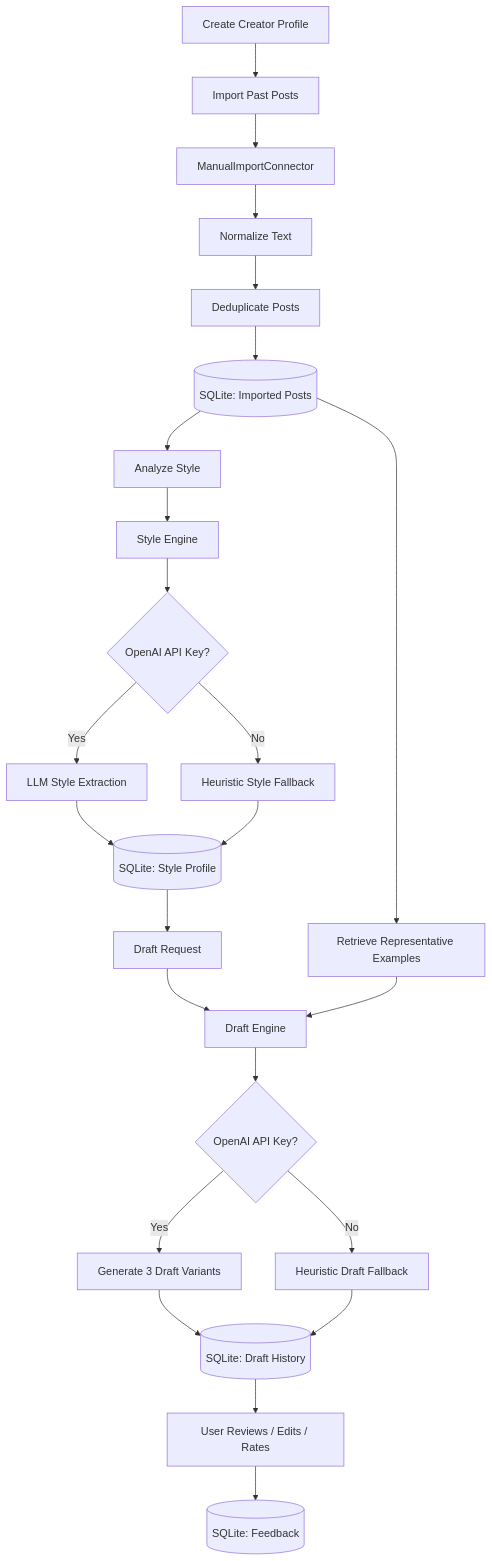
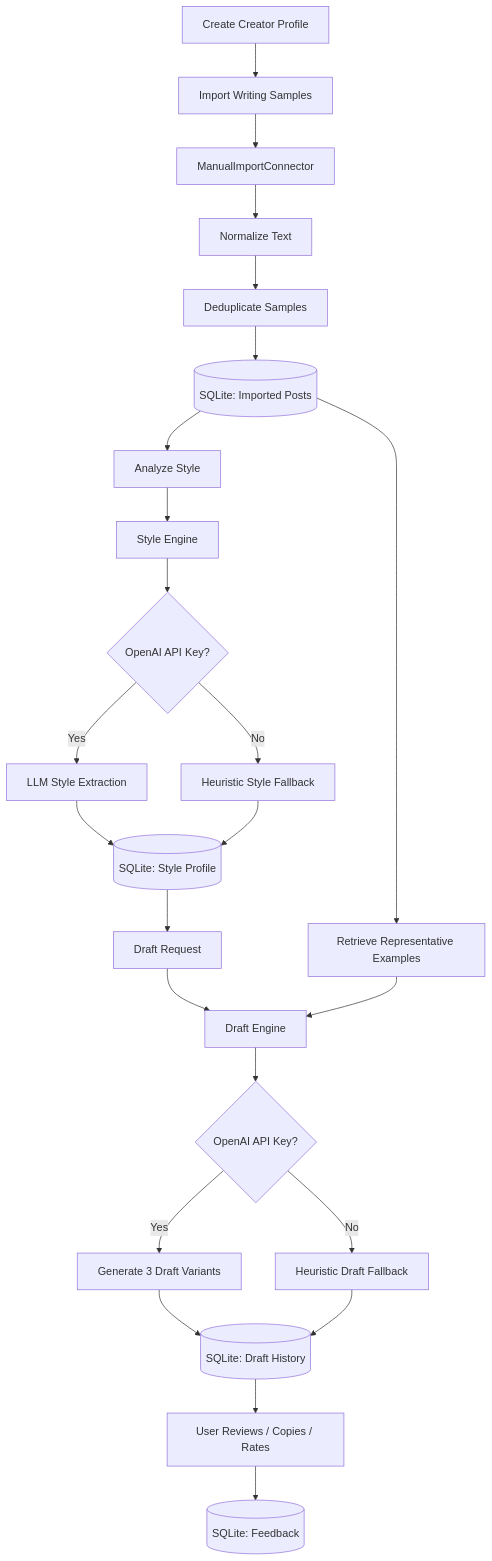
One commit to Atharva322/contcreator_voicestudio changed the diagram in README.md. Above: the diagram before and after it, drawn with Mermaid. The commit also changed other lines of this file, not shown here.

````diff
--- a/README.md
+++ b/README.md
@@ -40,29 +58,29 @@
 ```mermaid
 flowchart TD
-    A[Create Creator Profile] --> B[Import Past Posts]
+    A[Create Creator Profile] --> B[Import Writing Samples]
     B --> C[ManualImportConnector]
     C --> D[Normalize Text]
-    D --> E[Deduplicate Posts]
+    D --> E[Deduplicate Samples]
     E --> F[(SQLite: Imported Posts)]
 
     F --> G[Analyze Style]
     G --> H[Style Engine]
     H --> I{OpenAI API Key?}
     I -->|Yes| J[LLM Style Extraction]
     I -->|No| K[Heuristic Style Fallback]
     J --> L[(SQLite: Style Profile)]
     K --> L
 
     L --> M[Draft Request]
     F --> N[Retrieve Representative Examples]
     M --> O[Draft Engine]
     N --> O
     O --> P{OpenAI API Key?}
     P -->|Yes| Q[Generate 3 Draft Variants]
     P -->|No| R[Heuristic Draft Fallback]
     Q --> S[(SQLite: Draft History)]
     R --> S
 
-    S --> T[User Reviews / Edits / Rates]
+    S --> T[User Reviews / Copies / Rates]
     T --> U[(SQLite: Feedback)]
 ```
````
